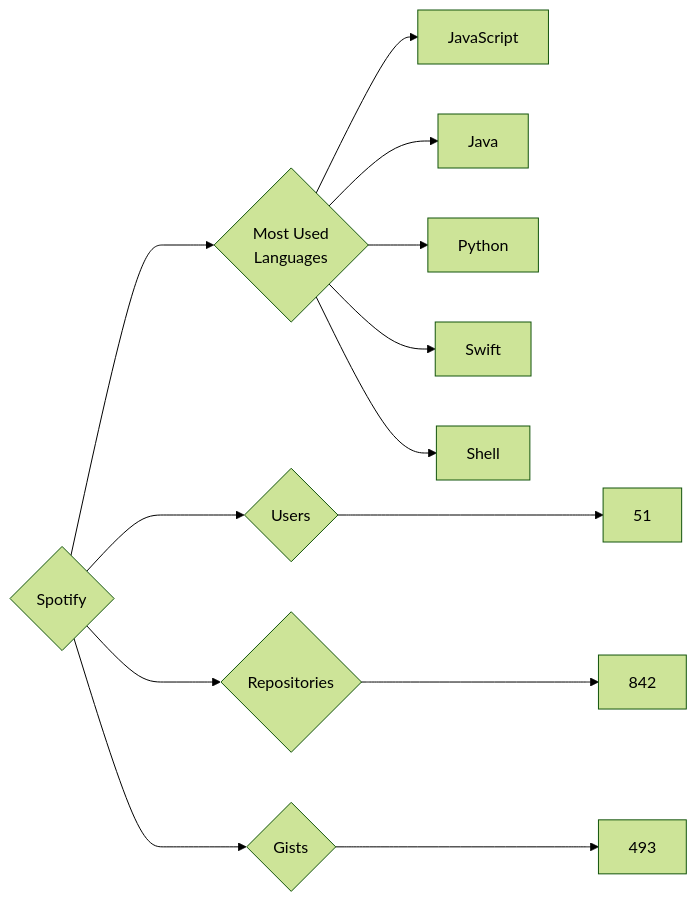
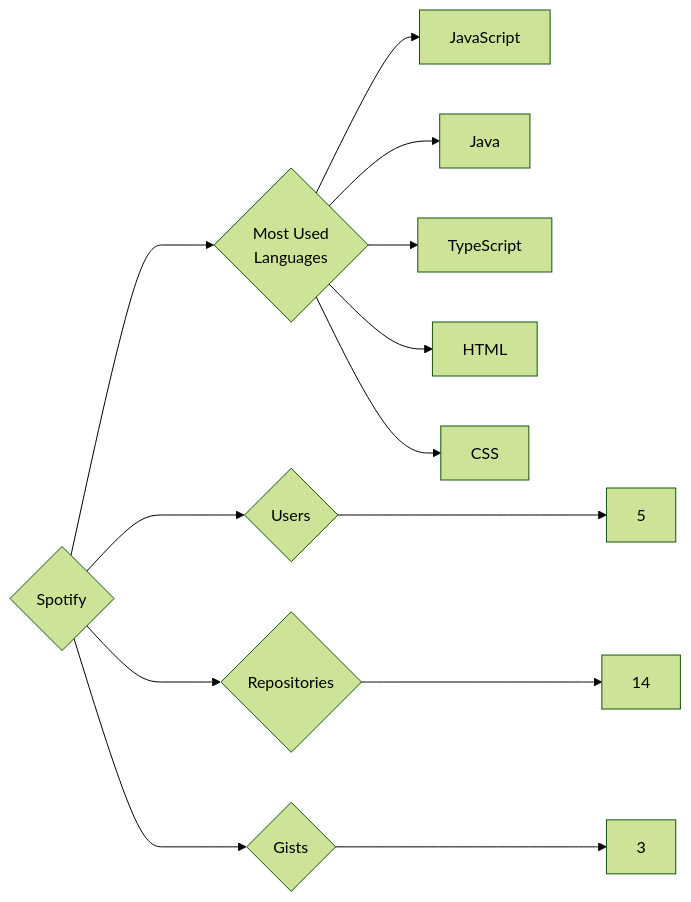
Before and after one commit to trickest/insiders: the diagram in targets/Spotify/README.md, drawn with Mermaid (forest theme). The commit also changed 1496 other files, not shown here.

````diff
--- a/targets/Spotify/README.md
+++ b/targets/Spotify/README.md
@@ -3,13 +3,13 @@
 ```mermaid
 graph LR
 COMPANY_NAME{Spotify}
-COMPANY_NAME ---> U{Users} ---> UN[51]
-COMPANY_NAME ---> R{Repositories} ---> RN[842]
-COMPANY_NAME ---> G{Gists} ---> GN[493]
+COMPANY_NAME ---> U{Users} ---> UN[5]
+COMPANY_NAME ---> R{Repositories} ---> RN[14]
+COMPANY_NAME ---> G{Gists} ---> GN[3]
 COMPANY_NAME ---> ML{Most Used<br>Languages}
 ML --> JavaScript[JavaScript]
 ML --> Java[Java]
-ML --> Python[Python]
-ML --> Swift[Swift]
-ML --> Shell[Shell]
+ML --> TypeScript[TypeScript]
+ML --> HTML[HTML]
+ML --> CSS[CSS]
 ```
````
